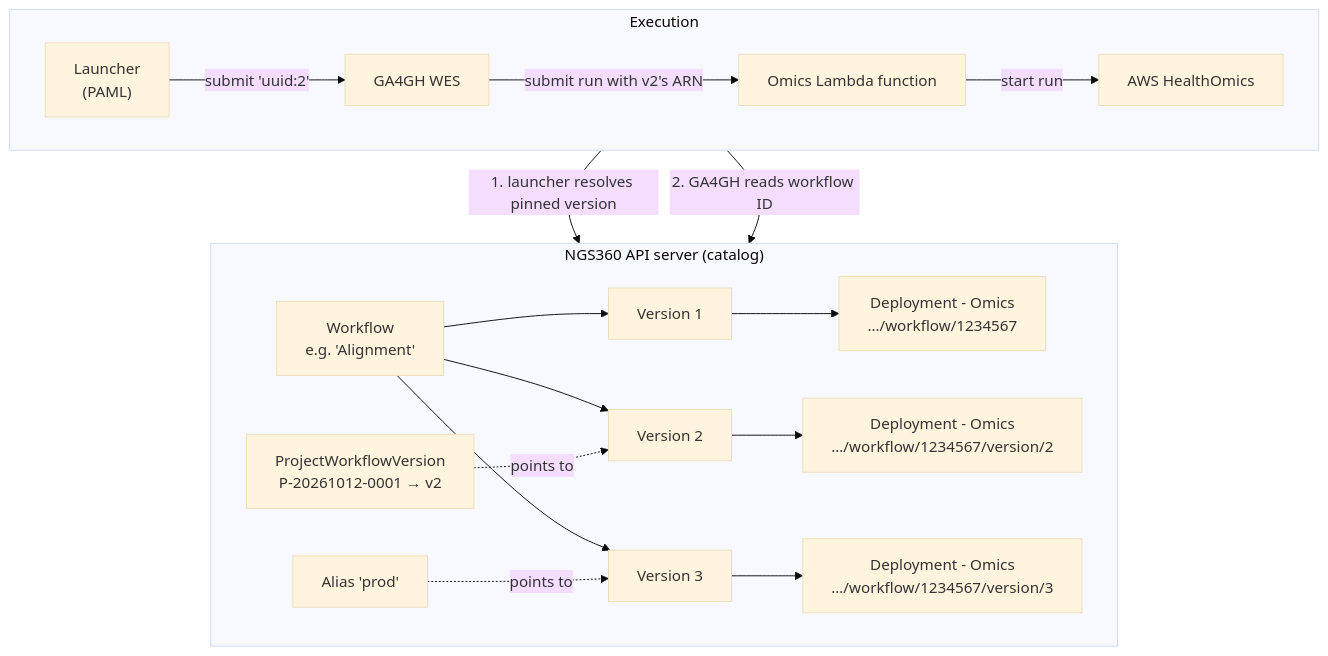
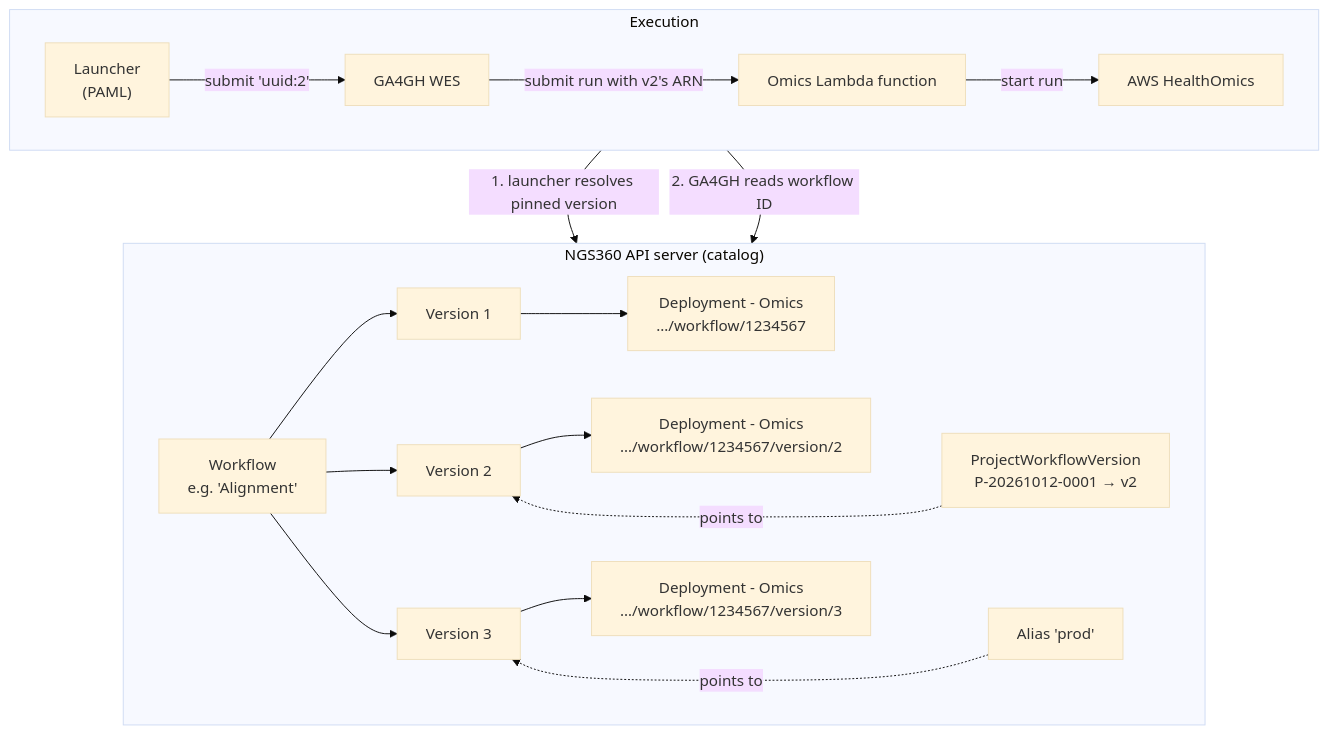
One commit to NGS360/APIServer changed the first of 10 diagrams in docs/WORKFLOWS_AND_PIPELINES.md. Above: the diagram before and after it, drawn with Mermaid (base theme).

Commit message:
reorder diagramg

````diff
--- a/docs/WORKFLOWS_AND_PIPELINES.md
+++ b/docs/WORKFLOWS_AND_PIPELINES.md
@@ -27,31 +27,35 @@
 ```mermaid
 flowchart TB
     subgraph Exec["Execution"]
         direction LR
         L["Launcher<br/>(PAML)"] -- "submit 'uuid:2'" --> WES["GA4GH WES"]
         WES -- "submit run with v2's ARN" --> LF["Omics Lambda function"]
         LF -- "start run" --> O["AWS HealthOmics"]
     end
 
     subgraph Catalog["NGS360 API server (catalog)"]
         direction LR
         WF["Workflow<br/>e.g. 'Alignment'"]
-        PIN["ProjectWorkflowVersion<br/>P-20261012-0001 → v2"]
-        A["Alias 'prod'"]
         V1["Version 1"]
         V2["Version 2"]
         V3["Version 3"]
         D1["Deployment - Omics<br/>…/workflow/1234567"]
         D2["Deployment - Omics<br/>…/workflow/1234567/version/2"]
+        PIN["ProjectWorkflowVersion<br/>P-20261012-0001 → v2"]
         D3["Deployment - Omics<br/>…/workflow/1234567/version/3"]
-        WF --> V1 & V2 & V3
+        A["Alias 'prod'"]
+        WF --> V1
+        WF --> V2
+        WF --> V3
         V1 --> D1
         V2 --> D2
+        PIN -.->|points to| V2
         V3 --> D3
-        PIN -. points to .-> V2
-        A -. points to .-> V3
+        A -.->|points to| V3
+        D2 ~~~ PIN
+        D3 ~~~ A
     end
 
     Exec -- "1. launcher resolves pinned version" --> Catalog
     Exec -- "2. GA4GH reads workflow ID" --> Catalog
 ```
````
